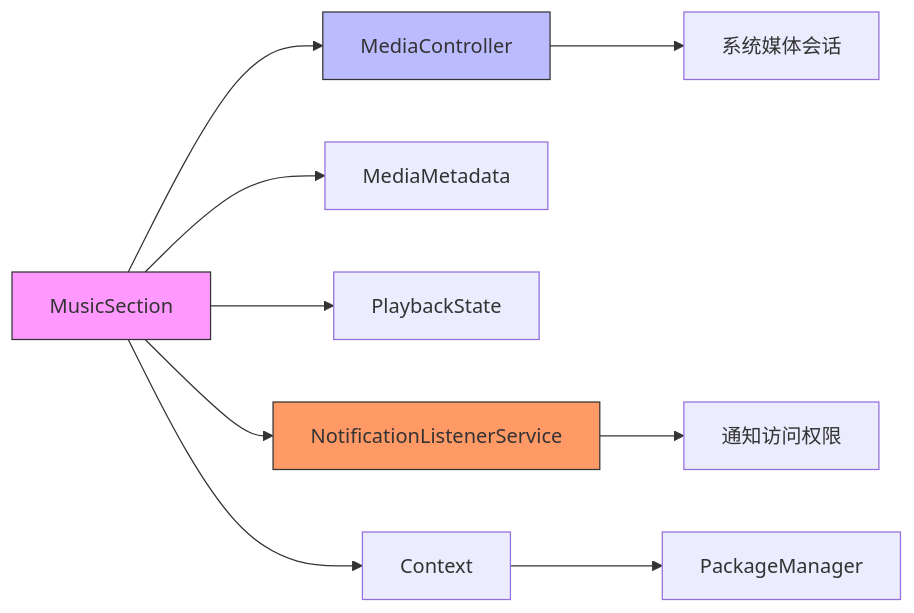
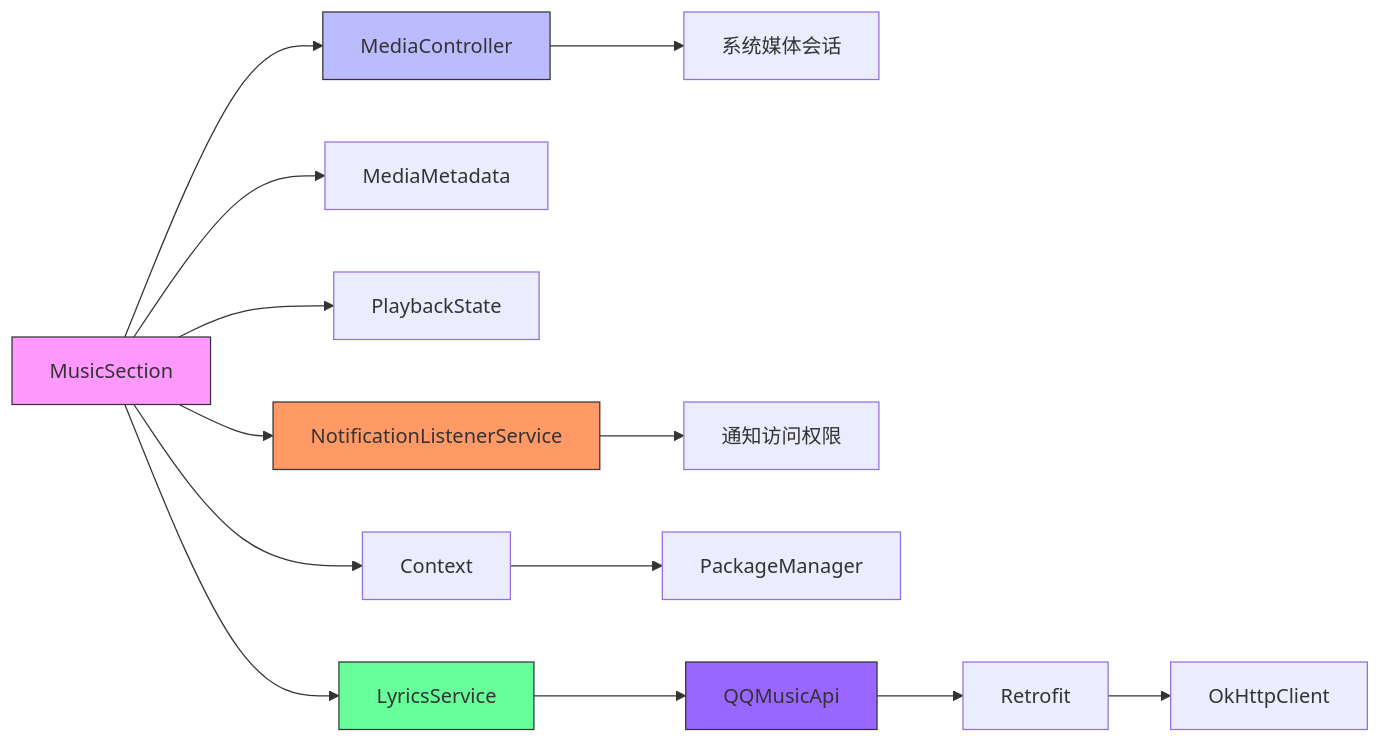
The seventh of 8 diagrams in .qoder/repowiki/zh/content/核心功能/音乐控制/音乐控制UI组件.md (lantongxue/MyCarLauncher), drawn with Mermaid before and after one commit. The commit also changed other lines of this file and 3 other files, not shown here.

````diff
--- a/.qoder/repowiki/zh/content/核心功能/音乐控制/音乐控制UI组件.md
+++ b/.qoder/repowiki/zh/content/核心功能/音乐控制/音乐控制UI组件.md
@@ -180,14 +251,20 @@
 ```mermaid
 graph LR
 A[MusicSection] --> B[MediaController]
 A --> C[MediaMetadata]
 A --> D[PlaybackState]
 B --> E[系统媒体会话]
 A --> F[NotificationListenerService]
 F --> G[通知访问权限]
 A --> H[Context]
 H --> I[PackageManager]
+A --> J[LyricsService]
+J --> K[QQMusicApi]
+K --> L[Retrofit]
+L --> M[OkHttpClient]
 style A fill:#f9f,stroke:#333
 style B fill:#bbf,stroke:#333
 style F fill:#f96,stroke:#333
+style J fill:#6f9,stroke:#333
+style K fill:#96f,stroke:#333
 ```
````
